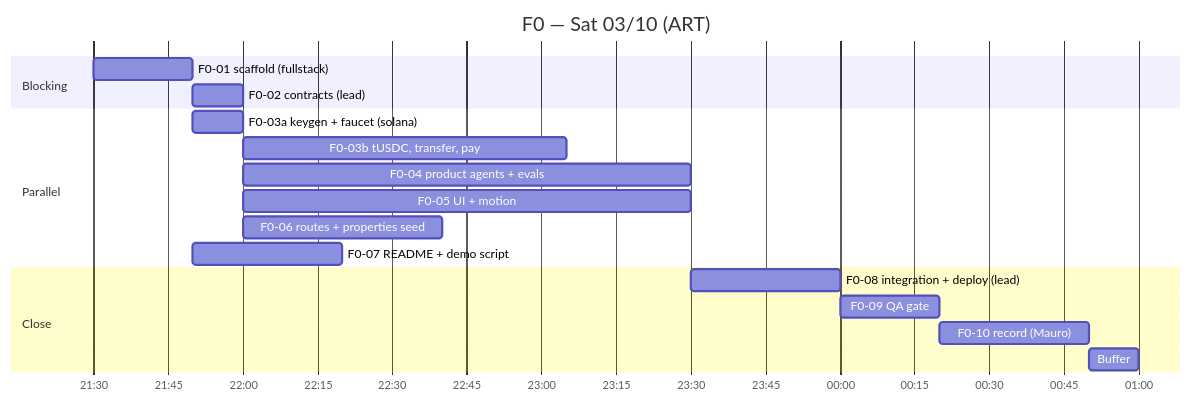
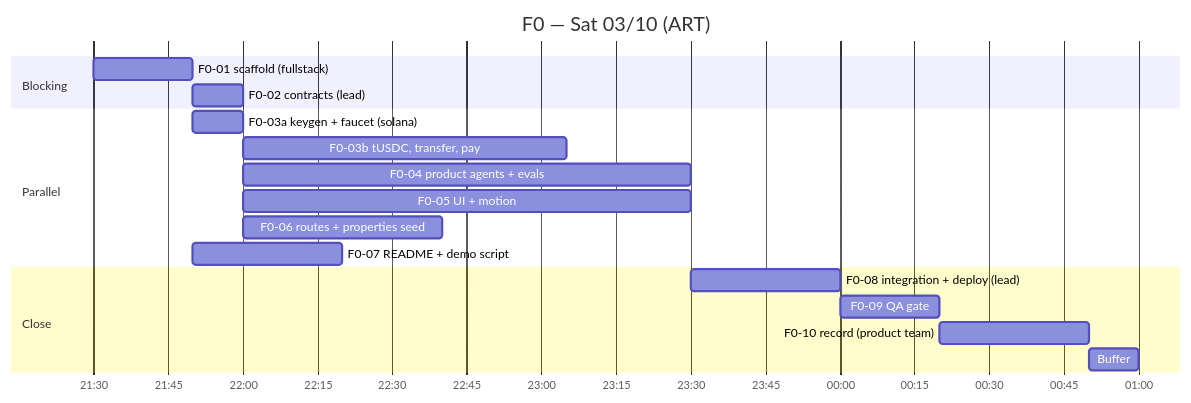
The first of 2 diagrams in PLAN.md (Malejo01/keyhold), drawn with Mermaid before and after one commit. The commit also changed other lines of this file and 4 other files, not shown here.

Commit message:
docs(plan): product team records the videos; no new Gemini key; Monday debates prepared

````diff
--- a/PLAN.md
+++ b/PLAN.md
@@ -79,21 +79,21 @@
 ```mermaid
 gantt
     title F0 — Sat 03/10 (ART)
     dateFormat HH:mm
     axisFormat %H:%M
     section Blocking
     F0-01 scaffold (fullstack)        :a1, 21:30, 20m
     F0-02 contracts (lead)            :a2, after a1, 10m
     section Parallel
     F0-03a keygen + faucet (solana)   :b0, after a1, 10m
     F0-03b tUSDC, transfer, pay       :b1, after a2, 65m
     F0-04 product agents + evals      :b2, after a2, 90m
     F0-05 UI + motion                 :b3, after a2, 90m
     F0-06 routes + properties seed    :b4, after a2, 40m
     F0-07 README + demo script        :b5, after a1, 30m
     section Close
     F0-08 integration + deploy (lead) :c1, 23:30, 30m
     F0-09 QA gate                     :c2, after c1, 20m
-    F0-10 record (Mauro)              :c3, after c2, 30m
+    F0-10 record (product team)       :c3, after c2, 30m
     Buffer                            :c4, after c3, 10m
 ```
````
